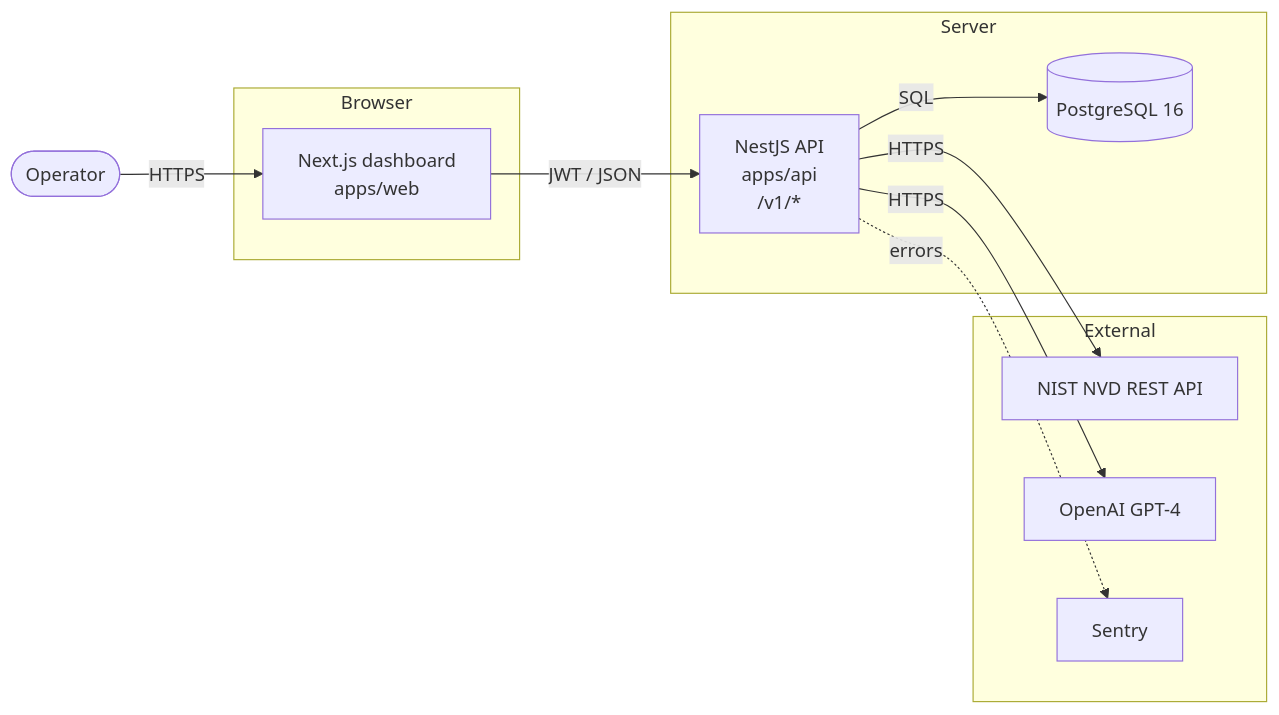
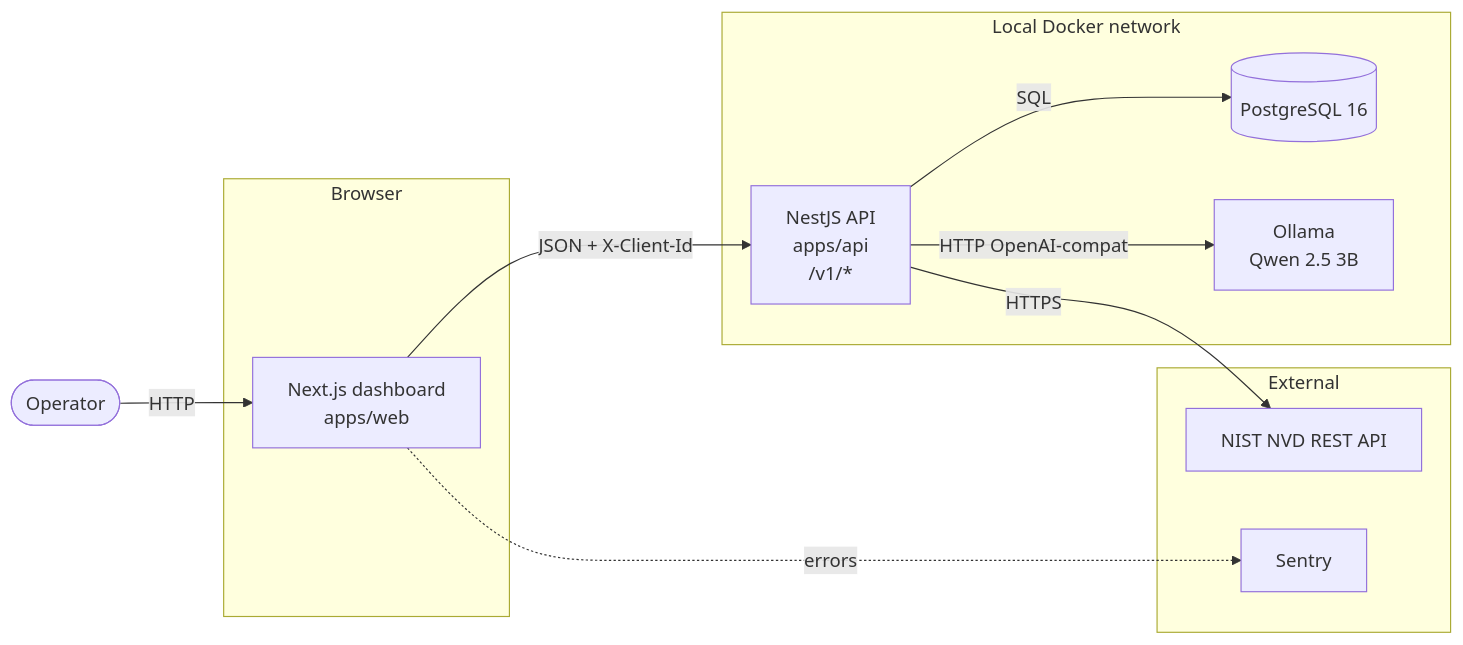
The first of 3 diagrams in docs/ARCHITECTURE.md (josebright/iot-deviceshield), drawn with Mermaid before and after one commit. The commit also changed other lines of this file and 6 other files, not shown here.

First line of the commit message:
docs: rewrite for local-Ollama architecture; relicense PolyForm Noncommercial 1.0

````diff
--- a/docs/ARCHITECTURE.md
+++ b/docs/ARCHITECTURE.md
@@ -7,23 +9,23 @@
 ```mermaid
 flowchart LR
     User([Operator])
     subgraph Browser
       Web[Next.js dashboard<br/>apps/web]
     end
-    subgraph Server
+    subgraph LocalStack[Local Docker network]
       API[NestJS API<br/>apps/api<br/>/v1/*]
       PG[(PostgreSQL 16)]
+      Ollama[Ollama<br/>Qwen 2.5 3B]
     end
     subgraph External
       NIST[NIST NVD REST API]
-      OpenAI[OpenAI GPT-4]
       Sentry[Sentry]
     end
 
-    User -->|HTTPS| Web
-    Web -->|JWT / JSON| API
+    User -->|HTTP| Web
+    Web -->|JSON + X-Client-Id| API
     API -->|SQL| PG
     API -->|HTTPS| NIST
-    API -->|HTTPS| OpenAI
-    API -.errors.-> Sentry
+    API -->|HTTP OpenAI-compat| Ollama
+    Web -.errors.-> Sentry
 ```
````
